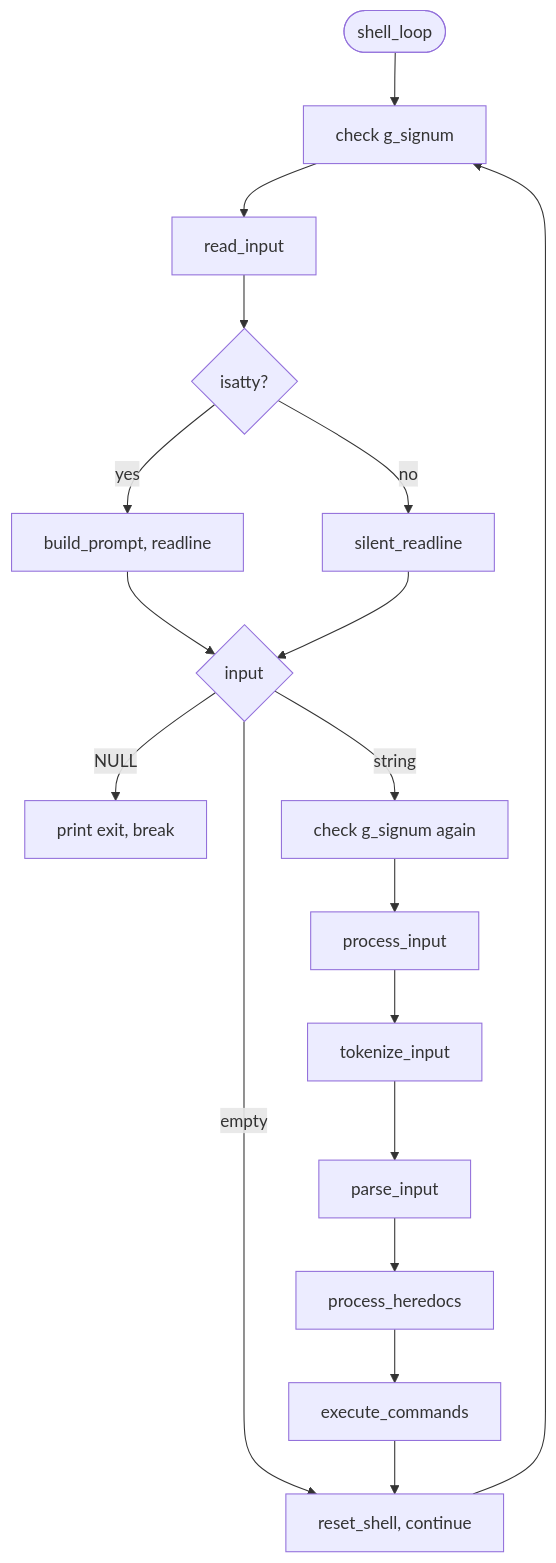
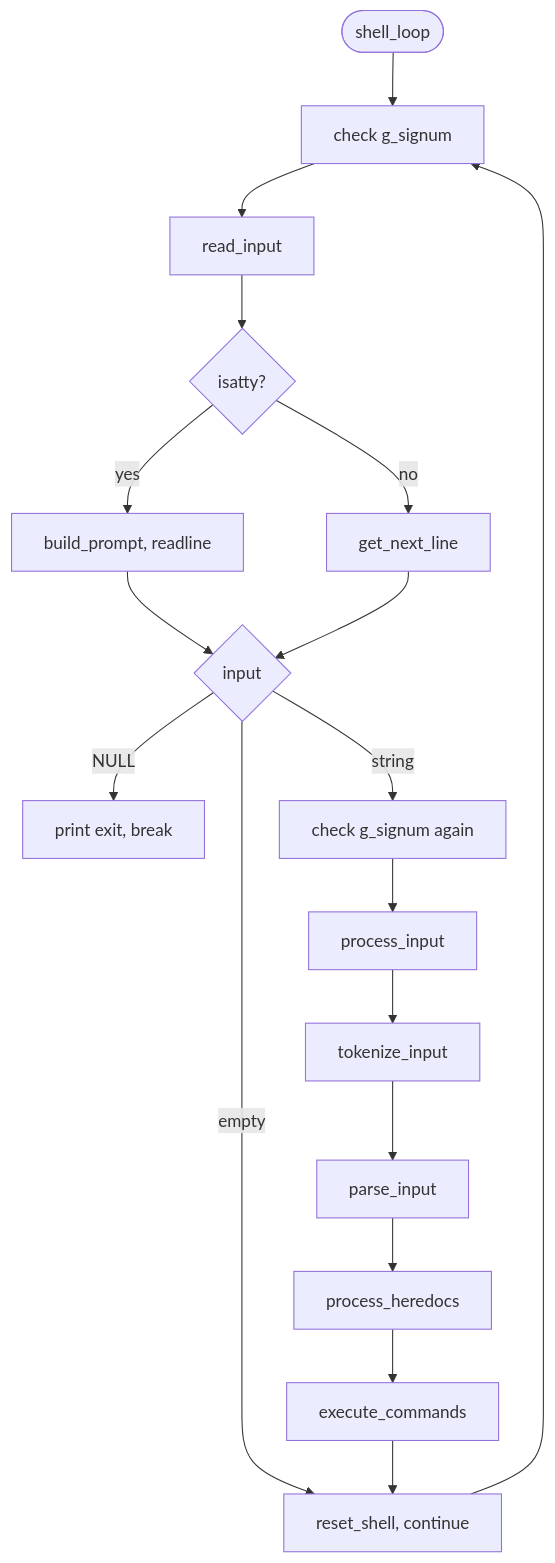
One commit to gkhavari/minishell changed the third of 5 diagrams in docs/minishell_architecture.md. Above: the diagram before and after it, drawn with Mermaid. The commit also changed other lines of this file and 3 other files, not shown here.

````diff
--- a/docs/minishell_architecture.md
+++ b/docs/minishell_architecture.md
@@ -209,20 +225,20 @@
 ```mermaid
 flowchart TD
     START([shell_loop]) --> CHECK_SIG[check g_signum]
     CHECK_SIG --> READ[read_input]
     READ --> PROMPT{isatty?}
     PROMPT -->|yes| BUILD[build_prompt, readline]
-    PROMPT -->|no| SILENT[silent_readline]
-    BUILD --> GOT
-    SILENT --> GOT{input}
+    PROMPT -->|no| GNL[get_next_line]
+    BUILD --> GOT{input}
+    GNL --> GOT{input}
     GOT -->|NULL| EXIT[print exit, break]
     GOT -->|empty| RESET[reset_shell, continue]
     GOT -->|string| CHECK_SIG2[check g_signum again]
     CHECK_SIG2 --> PROCESS[process_input]
     PROCESS --> TOKEN[tokenize_input]
     TOKEN --> PARSE[parse_input]
     PARSE --> HEREDOC[process_heredocs]
     HEREDOC --> EXEC[execute_commands]
     EXEC --> RESET
     RESET --> CHECK_SIG
 ```
````
